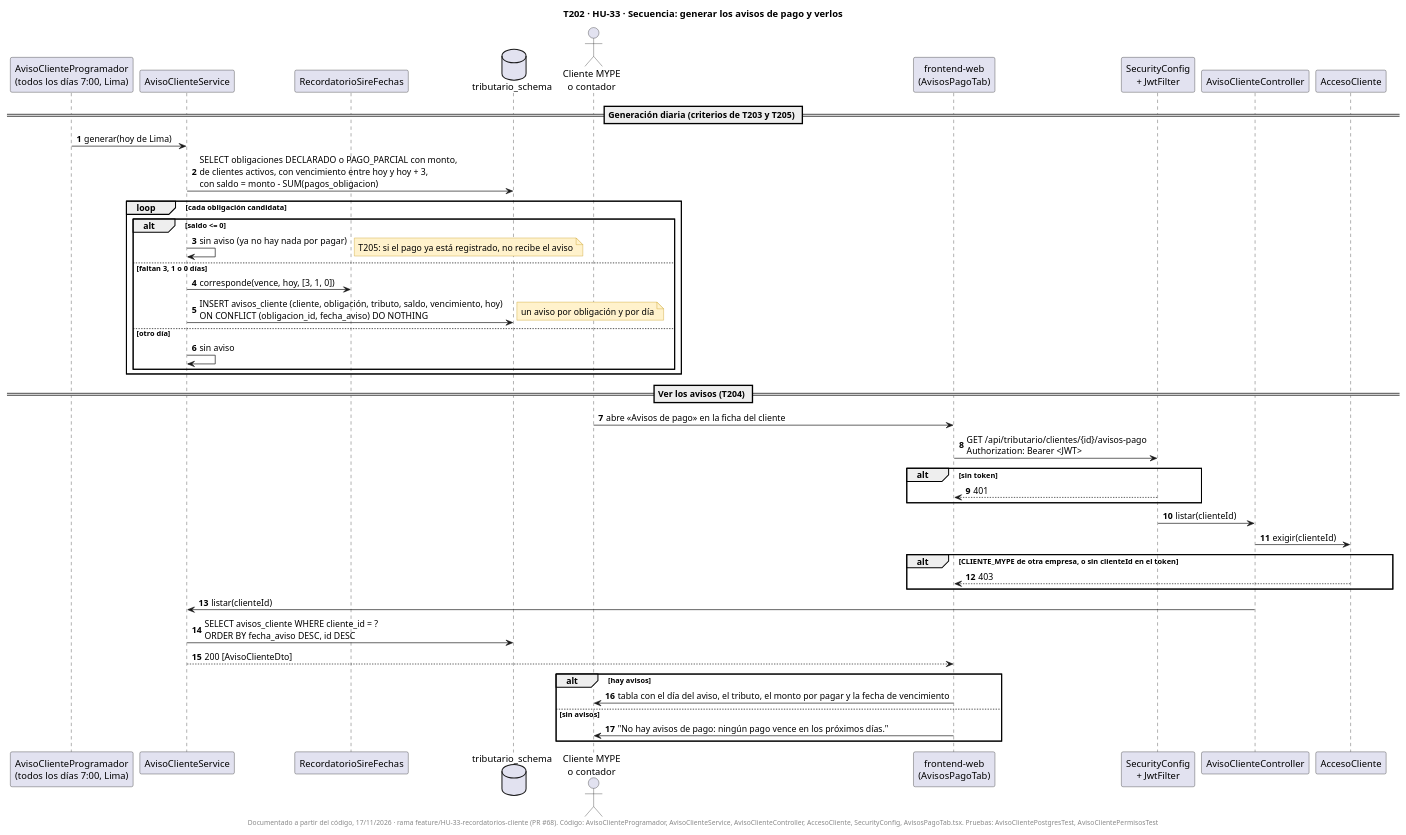
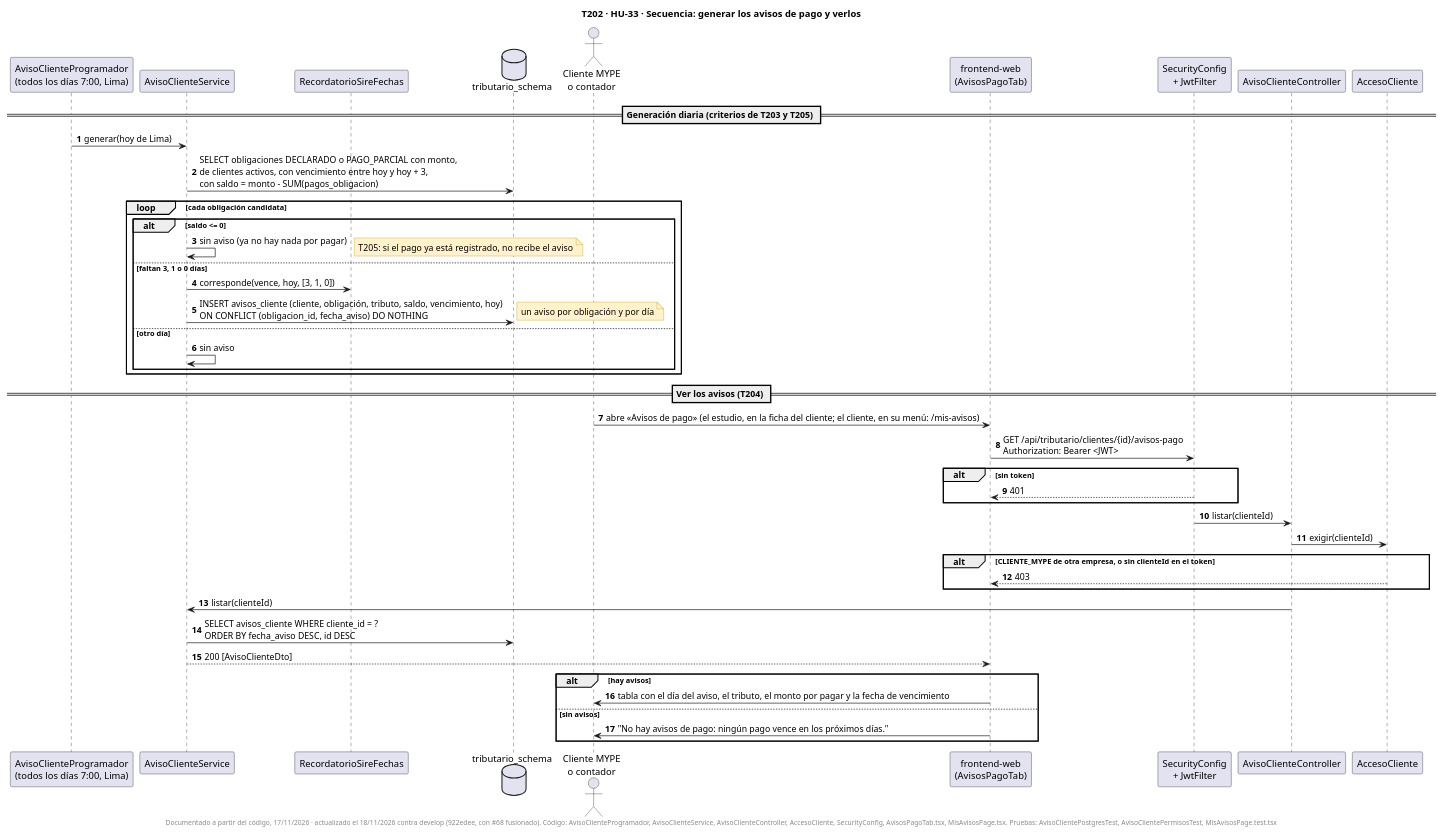
One commit to fabianrodriguez33/plus-contable changed the diagram in docs/uml/T202-HU33-secuencia-avisos-pago.puml. Above: the diagram before and after it, drawn with PlantUML. The commit also changed 11 other files, not shown here.

Commit message:
Diagramas de HU-33, HU-35 y HU-34 actualizados con develop: pantalla «Avisos de pago», redirección al renderizar, 401 que borra la copia local y caché versionado

```diff
--- a/docs/uml/T202-HU33-secuencia-avisos-pago.puml
+++ b/docs/uml/T202-HU33-secuencia-avisos-pago.puml
@@ -1,55 +1,55 @@
 @startuml
 title T202 · HU-33 · Secuencia: generar los avisos de pago y verlos
 skinparam shadowing false
 skinparam noteBackgroundColor #FFF2CC
 skinparam noteBorderColor #BF9000
 autonumber
 
 participant "AvisoClienteProgramador\n(todos los días 7:00, Lima)" as PR
 participant "AvisoClienteService" as AS
 participant "RecordatorioSireFechas" as RF
 database "tributario_schema" as DB
 actor "Cliente MYPE\no contador" as U
 participant "frontend-web\n(AvisosPagoTab)" as FE
 participant "SecurityConfig\n+ JwtFilter" as SEC
 participant "AvisoClienteController" as AC
 participant "AccesoCliente" as AX
 
 == Generación diaria (criterios de T203 y T205) ==
 PR -> AS : generar(hoy de Lima)
 AS -> DB : SELECT obligaciones DECLARADO o PAGO_PARCIAL con monto,\nde clientes activos, con vencimiento entre hoy y hoy + 3,\ncon saldo = monto - SUM(pagos_obligacion)
 loop cada obligación candidata
   alt saldo <= 0
     AS -> AS : sin aviso (ya no hay nada por pagar)
     note right : T205: si el pago ya está registrado, no recibe el aviso
   else faltan 3, 1 o 0 días
     AS -> RF : corresponde(vence, hoy, [3, 1, 0])
     AS -> DB : INSERT avisos_cliente (cliente, obligación, tributo, saldo, vencimiento, hoy)\nON CONFLICT (obligacion_id, fecha_aviso) DO NOTHING
     note right : un aviso por obligación y por día
   else otro día
     AS -> AS : sin aviso
   end
 end
 
 == Ver los avisos (T204) ==
-U -> FE : abre «Avisos de pago» en la ficha del cliente
+U -> FE : abre «Avisos de pago» (el estudio, en la ficha del cliente; el cliente, en su menú: /mis-avisos)
 FE -> SEC : GET /api/tributario/clientes/{id}/avisos-pago\nAuthorization: Bearer <JWT>
 alt sin token
   SEC --> FE : 401
 end
 SEC -> AC : listar(clienteId)
 AC -> AX : exigir(clienteId)
 alt CLIENTE_MYPE de otra empresa, o sin clienteId en el token
   AX --> FE : 403
 end
 AC -> AS : listar(clienteId)
 AS -> DB : SELECT avisos_cliente WHERE cliente_id = ?\nORDER BY fecha_aviso DESC, id DESC
 AS --> FE : 200 [AvisoClienteDto]
 alt hay avisos
   FE -> U : tabla con el día del aviso, el tributo, el monto por pagar y la fecha de vencimiento
 else sin avisos
   FE -> U : "No hay avisos de pago: ningún pago vence en los próximos días."
 end
 
-footer Documentado a partir del código, 17/11/2026 · rama feature/HU-33-recordatorios-cliente (PR #68). Código: AvisoClienteProgramador, AvisoClienteService, AvisoClienteController, AccesoCliente, SecurityConfig, AvisosPagoTab.tsx. Pruebas: AvisoClientePostgresTest, AvisoClientePermisosTest
+footer Documentado a partir del código, 17/11/2026 · actualizado el 18/11/2026 contra develop (922edee, con #68 fusionado). Código: AvisoClienteProgramador, AvisoClienteService, AvisoClienteController, AccesoCliente, SecurityConfig, AvisosPagoTab.tsx, MisAvisosPage.tsx. Pruebas: AvisoClientePostgresTest, AvisoClientePermisosTest, MisAvisosPage.test.tsx
 @enduml
```
